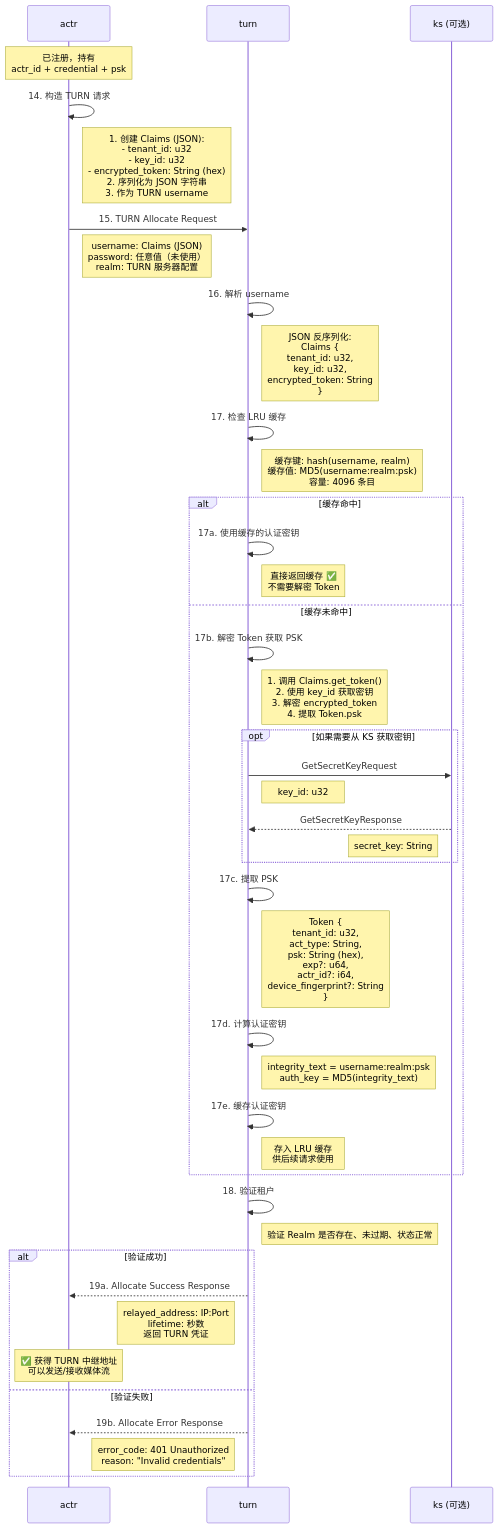
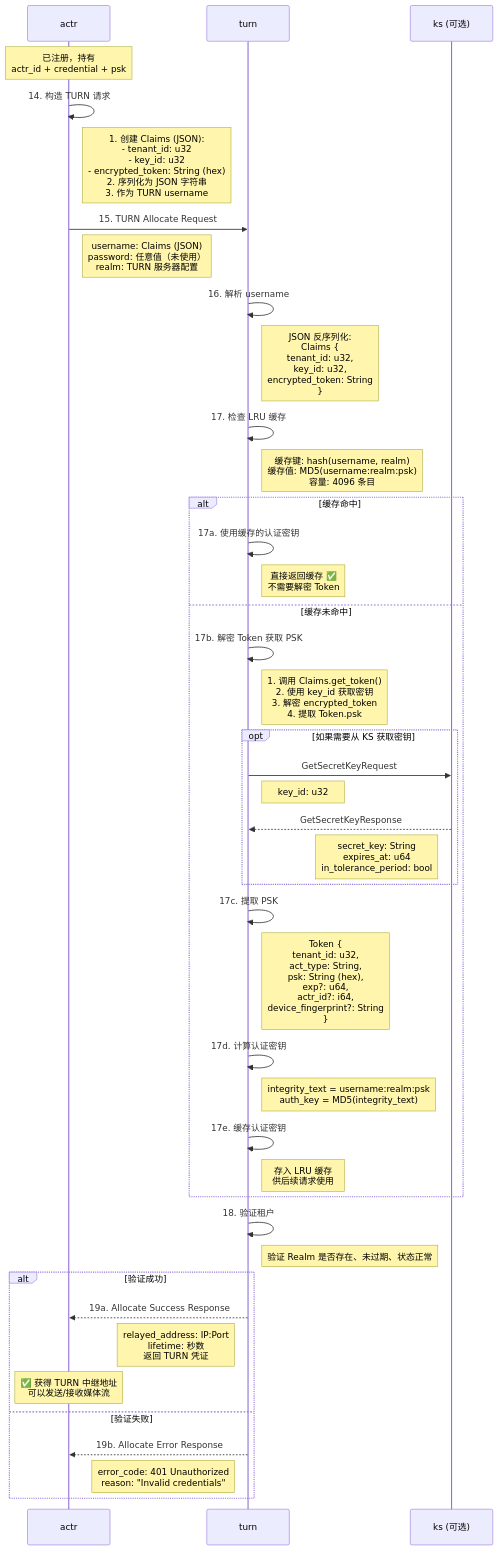
Before and after one commit to actor-rtc/actor-rtc.github.io: the diagram in zh-hans/5.3-turn-authentication.md, drawn with Mermaid. The commit also changed 3 other files, not shown here.

Commit message:
fix: tolerance and generate key about doc

````diff
--- a/zh-hans/5.3-turn-authentication.md
+++ b/zh-hans/5.3-turn-authentication.md
@@ -9,60 +9,60 @@
 ```mermaid
 sequenceDiagram
     participant actr as actr
     participant turn as turn
     participant ks as ks (可选)
 
     Note over actr: 已注册，持有<br/>actr_id + credential + psk
 
     actr->>actr: 14. 构造 TURN 请求
     Note right of actr: 1. 创建 Claims (JSON):<br/>   - tenant_id: u32<br/>   - key_id: u32<br/>   - encrypted_token: String (hex)<br/>2. 序列化为 JSON 字符串<br/>3. 作为 TURN username
 
     actr->>turn: 15. TURN Allocate Request
     Note right of actr: username: Claims (JSON)<br/>password: 任意值（未使用）<br/>realm: TURN 服务器配置
 
     turn->>turn: 16. 解析 username
     Note right of turn: JSON 反序列化:<br/>Claims {<br/>  tenant_id: u32,<br/>  key_id: u32,<br/>  encrypted_token: String<br/>}
 
     turn->>turn: 17. 检查 LRU 缓存
     Note right of turn: 缓存键: hash(username, realm)<br/>缓存值: MD5(username:realm:psk)<br/>容量: 4096 条目
 
     alt 缓存命中
         turn->>turn: 17a. 使用缓存的认证密钥
         Note right of turn: 直接返回缓存 ✅<br/>不需要解密 Token
         
     else 缓存未命中
         turn->>turn: 17b. 解密 Token 获取 PSK
         Note right of turn: 1. 调用 Claims.get_token()<br/>2. 使用 key_id 获取密钥<br/>3. 解密 encrypted_token<br/>4. 提取 Token.psk
 
         opt 如果需要从 KS 获取密钥
             turn->>ks: GetSecretKeyRequest
             Note right of turn: key_id: u32
             
             ks-->>turn: GetSecretKeyResponse
-            Note left of ks: secret_key: String
+            Note left of ks: secret_key: String<br/>expires_at: u64<br/>in_tolerance_period: bool
         end
 
         turn->>turn: 17c. 提取 PSK
         Note right of turn: Token {<br/>  tenant_id: u32,<br/>  act_type: String,<br/>  psk: String (hex),<br/>  exp?: u64,<br/>  actr_id?: i64,<br/>  device_fingerprint?: String<br/>}
 
         turn->>turn: 17d. 计算认证密钥
         Note right of turn: integrity_text = username:realm:psk<br/>auth_key = MD5(integrity_text)
 
         turn->>turn: 17e. 缓存认证密钥
         Note right of turn: 存入 LRU 缓存<br/>供后续请求使用
     end
 
     turn->>turn: 18. 验证租户
     Note right of turn: 验证 Realm 是否存在、未过期、状态正常
 
     alt 验证成功
         turn-->>actr: 19a. Allocate Success Response
         Note left of turn: relayed_address: IP:Port<br/>lifetime: 秒数<br/>返回 TURN 凭证
         
         Note over actr: ✅ 获得 TURN 中继地址<br/>可以发送/接收媒体流
         
     else 验证失败
         turn-->>actr: 19b. Allocate Error Response
         Note left of turn: error_code: 401 Unauthorized<br/>reason: "Invalid credentials"
     end
 ```
````
